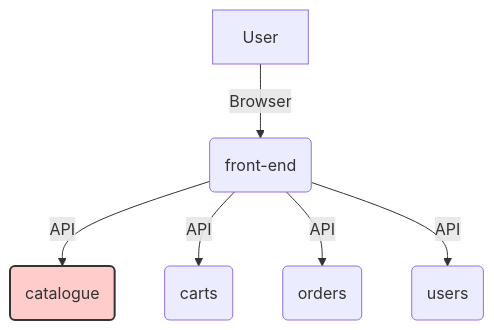
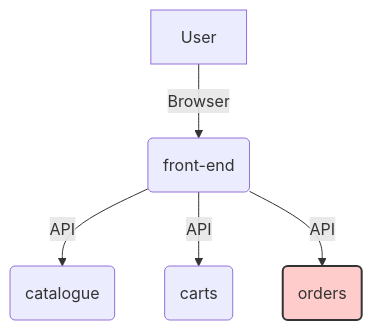
One commit to shukawam/kong-microservices-demo changed the diagram in README.md. Above: the diagram before and after it, drawn with Mermaid. The commit also changed other lines of this file, not shown here.

````diff
--- a/README.md
+++ b/README.md
@@ -9,10 +7,9 @@
 ```mermaid
 graph TD
     User[User] -->|Browser| FrontEnd(front-end)
     FrontEnd -->|API| Catalogue(catalogue)
     FrontEnd -->|API| Carts(carts)
     FrontEnd -->|API| Orders(orders)
-    FrontEnd -->|API| Users(users)
 
-    style Catalogue fill:#ffcccc,stroke:#333,stroke-width:2px
+    style Orders fill:#ffcccc,stroke:#333,stroke-width:2px
 ```
````
